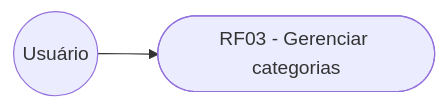
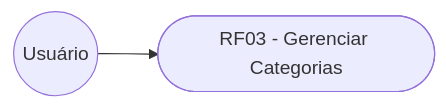
Before and after one commit to NEXA-project-br/NEXA: the third of 8 diagrams in relacionamento/dcu.md, drawn with Mermaid. The commit also changed other lines of this file and 4 other files, not shown here.

````diff
--- a/relacionamento/dcu.md
+++ b/relacionamento/dcu.md
@@ -31,6 +33,6 @@
 ```mermaid
 graph LR
   U((Usuário))
-  RF03([RF03 - Gerenciar categorias])
+  RF03([RF03 - Gerenciar Categorias])
   U --> RF03
 ```
````
